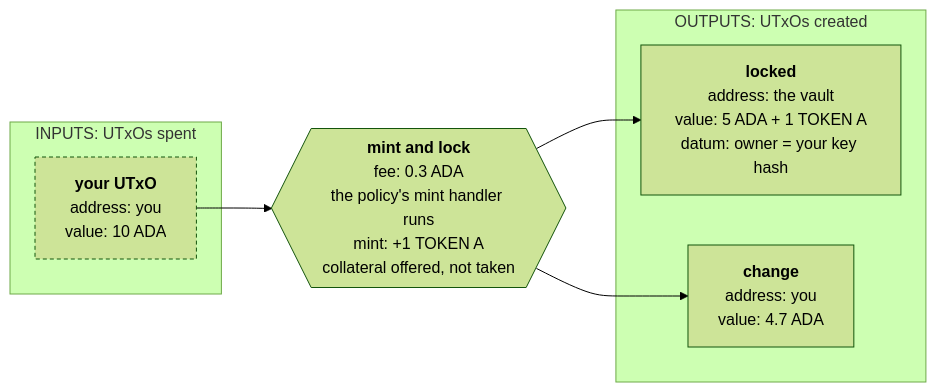
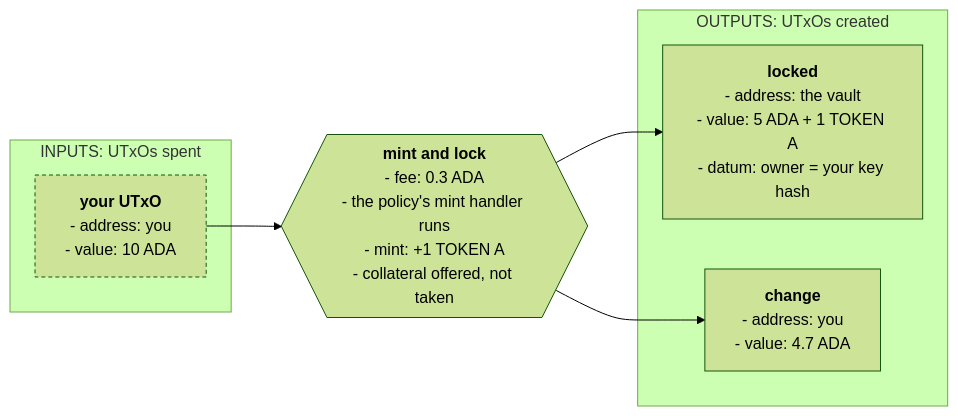
Before and after one commit to cardano-foundation/developer-portal: the sixth of 6 diagrams in docs/developers/onboarding/lectures/intermediate/9-frontend-integration.md, drawn with Mermaid (forest theme). The commit also changed other lines of this file and 8 other files, not shown here.

````diff
--- a/docs/developers/onboarding/lectures/intermediate/9-frontend-integration.md
+++ b/docs/developers/onboarding/lectures/intermediate/9-frontend-integration.md
@@ -431,29 +431,29 @@
 ```mermaid
 flowchart LR
     subgraph IN["INPUTS: UTxOs spent"]
         I["`**your UTxO**
-        address: you
-        value: 10 ADA`"]
+        - address: you
+        - value: 10 ADA`"]
     end
 
     TX{{"`**mint and lock**
-    fee: 0.3 ADA
-    the policy's mint handler runs
-    mint: +1 TOKEN A
-    collateral offered, not taken`"}}
+    - fee: 0.3 ADA
+    - the policy's mint handler runs
+    - mint: +1 TOKEN A
+    - collateral offered, not taken`"}}
 
     subgraph OUT["OUTPUTS: UTxOs created"]
         O1["`**locked**
-        address: the vault
-        value: 5 ADA + 1 TOKEN A
-        datum: owner = your key hash`"]
+        - address: the vault
+        - value: 5 ADA + 1 TOKEN A
+        - datum: owner = your key hash`"]
         O2["`**change**
-        address: you
-        value: 4.7 ADA`"]
+        - address: you
+        - value: 4.7 ADA`"]
     end
 
     I --> TX --> O1
     TX --> O2
 
     style I stroke-dasharray:4 3
 ```
````
